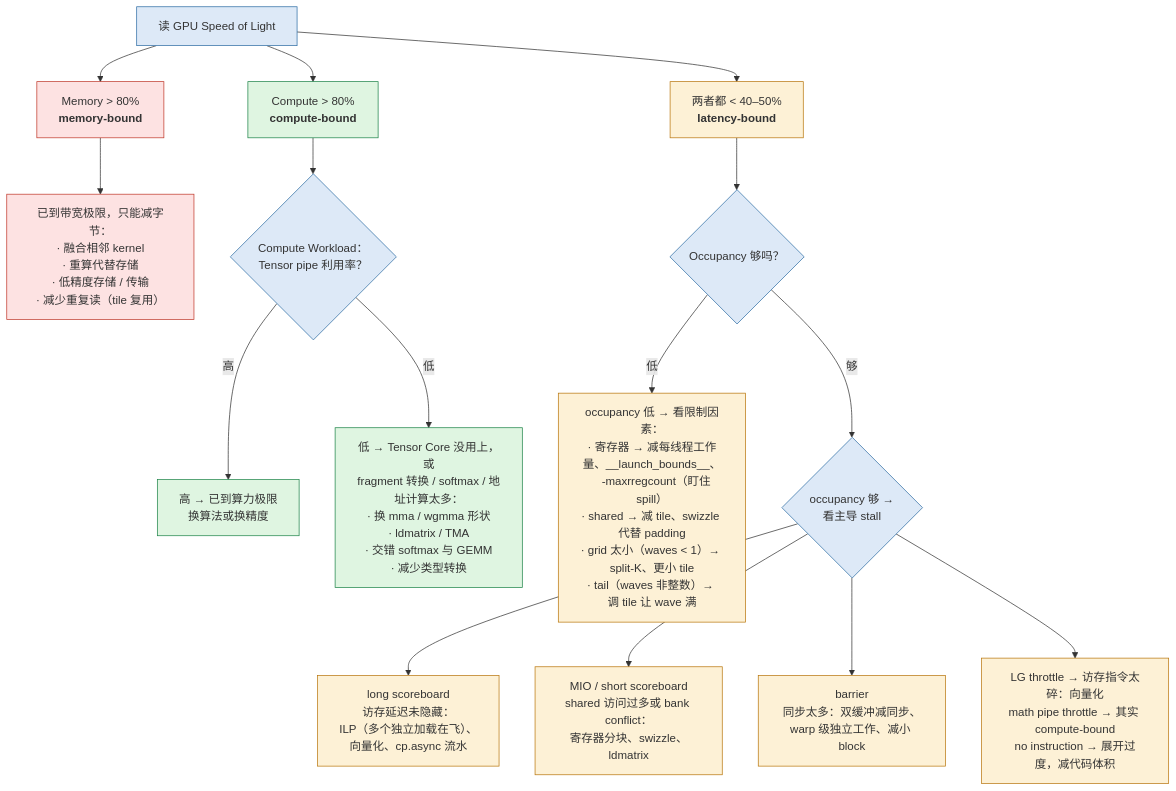
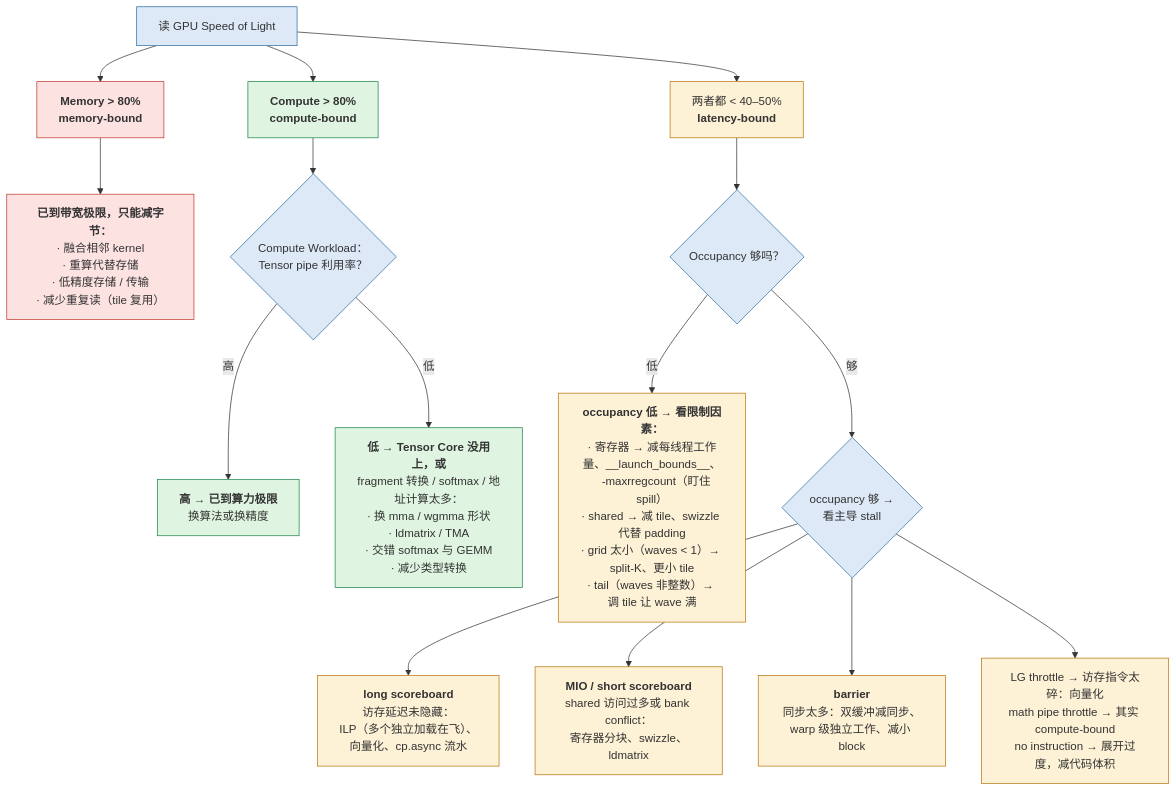
Before and after one commit to arganzheng/arganzheng.github.com: the second of 5 diagrams in _posts/2026-05-20-kernel-profiling-testing-and-contribution.md, drawn with Mermaid. The commit also changed other lines of this file and 10 other files, not shown here.

First line of the commit message:
GPU Kernel 工程：从 CUDA 执行模型到 FlashAttention：Mermaid 多行方框的首行标为标题（11 篇）

````diff
--- a/_posts/2026-05-20-kernel-profiling-testing-and-contribution.md
+++ b/_posts/2026-05-20-kernel-profiling-testing-and-contribution.md
@@ -356,46 +356,46 @@
 ```mermaid
 %% 图：ncu 的决策树：先用 SOL 把 kernel 分成 memory / compute / latency-bound 三类，再按类看 Tensor pipe 与 stall 原因
 flowchart TB
     sol["读 GPU Speed of Light"]
-    mem["Memory > 80%<br/><b>memory-bound</b>"]
-    comp["Compute > 80%<br/><b>compute-bound</b>"]
+    mem["<b>Memory > 80%</b><br/><b>memory-bound</b>"]
+    comp["<b>Compute > 80%</b><br/><b>compute-bound</b>"]
     lat["两者都 < 40–50%<br/><b>latency-bound</b>"]
     sol --> mem
     sol --> comp
     sol --> lat
 
-    memfix["已到带宽极限，只能减字节：<br/>· 融合相邻 kernel<br/>· 重算代替存储<br/>· 低精度存储 / 传输<br/>· 减少重复读（tile 复用）"]
+    memfix["<b>已到带宽极限，只能减字节：</b><br/>· 融合相邻 kernel<br/>· 重算代替存储<br/>· 低精度存储 / 传输<br/>· 减少重复读（tile 复用）"]
     mem --> memfix
 
     tensor{"Compute Workload：<br/>Tensor pipe 利用率？"}
     comp --> tensor
-    thi["高 → 已到算力极限<br/>换算法或换精度"]
-    tlo["低 → Tensor Core 没用上，或<br/>fragment 转换 / softmax / 地址计算太多：<br/>· 换 mma / wgmma 形状<br/>· ldmatrix / TMA<br/>· 交错 softmax 与 GEMM<br/>· 减少类型转换"]
+    thi["<b>高 → 已到算力极限</b><br/>换算法或换精度"]
+    tlo["<b>低 → Tensor Core 没用上，或</b><br/>fragment 转换 / softmax / 地址计算太多：<br/>· 换 mma / wgmma 形状<br/>· ldmatrix / TMA<br/>· 交错 softmax 与 GEMM<br/>· 减少类型转换"]
     tensor -- "高" --> thi
     tensor -- "低" --> tlo
 
     occ{"Occupancy 够吗？"}
     lat --> occ
-    occlo["occupancy 低 → 看限制因素：<br/>· 寄存器 → 减每线程工作量、__launch_bounds__、<br/>　-maxrregcount（盯住 spill）<br/>· shared → 减 tile、swizzle 代替 padding<br/>· grid 太小（waves < 1）→ split-K、更小 tile<br/>· tail（waves 非整数）→ 调 tile 让 wave 满"]
+    occlo["<b>occupancy 低 → 看限制因素：</b><br/>· 寄存器 → 减每线程工作量、__launch_bounds__、<br/>　-maxrregcount（盯住 spill）<br/>· shared → 减 tile、swizzle 代替 padding<br/>· grid 太小（waves < 1）→ split-K、更小 tile<br/>· tail（waves 非整数）→ 调 tile 让 wave 满"]
     stall{"occupancy 够 →<br/>看主导 stall"}
     occ -- "低" --> occlo
     occ -- "够" --> stall
 
-    s1["long scoreboard<br/>访存延迟未隐藏：<br/>ILP（多个独立加载在飞）、<br/>向量化、cp.async 流水"]
-    s2["MIO / short scoreboard<br/>shared 访问过多或 bank conflict：<br/>寄存器分块、swizzle、ldmatrix"]
-    s3["barrier<br/>同步太多：双缓冲减同步、<br/>warp 级独立工作、减小 block"]
+    s1["<b>long scoreboard</b><br/>访存延迟未隐藏：<br/>ILP（多个独立加载在飞）、<br/>向量化、cp.async 流水"]
+    s2["<b>MIO / short scoreboard</b><br/>shared 访问过多或 bank conflict：<br/>寄存器分块、swizzle、ldmatrix"]
+    s3["<b>barrier</b><br/>同步太多：双缓冲减同步、<br/>warp 级独立工作、减小 block"]
     s4["LG throttle → 访存指令太碎：向量化<br/>math pipe throttle → 其实 compute-bound<br/>no instruction → 展开过度，减代码体积"]
     stall --> s1
     stall --> s2
     stall --> s3
     stall --> s4
 
     classDef m fill:#fde2e2,stroke:#c0392b
     classDef c fill:#dff5e1,stroke:#1e8449
     classDef l fill:#fdf1d6,stroke:#b9770e
     classDef q fill:#dde9f7,stroke:#2e6da4
     class mem,memfix m
     class comp,thi,tlo c
     class lat,occlo,s1,s2,s3,s4 l
     class sol,tensor,occ,stall q
 ```
````
